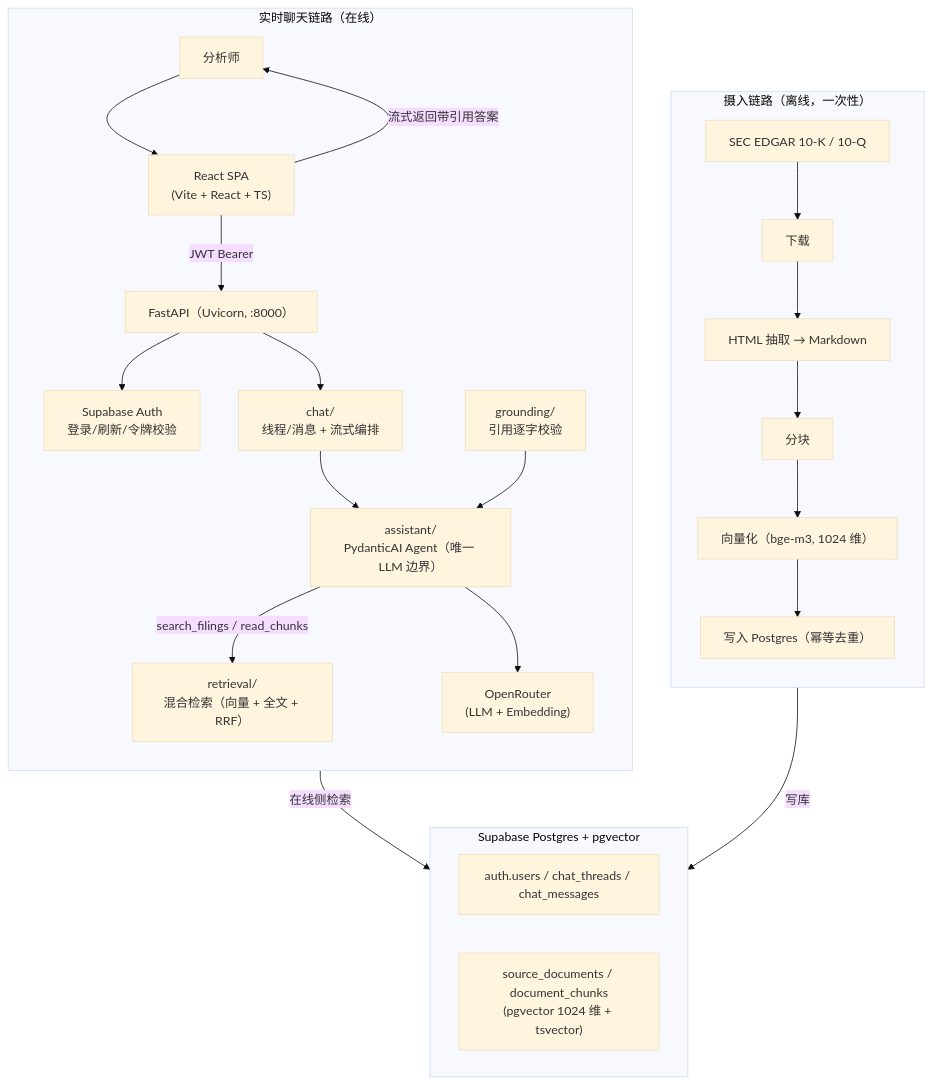
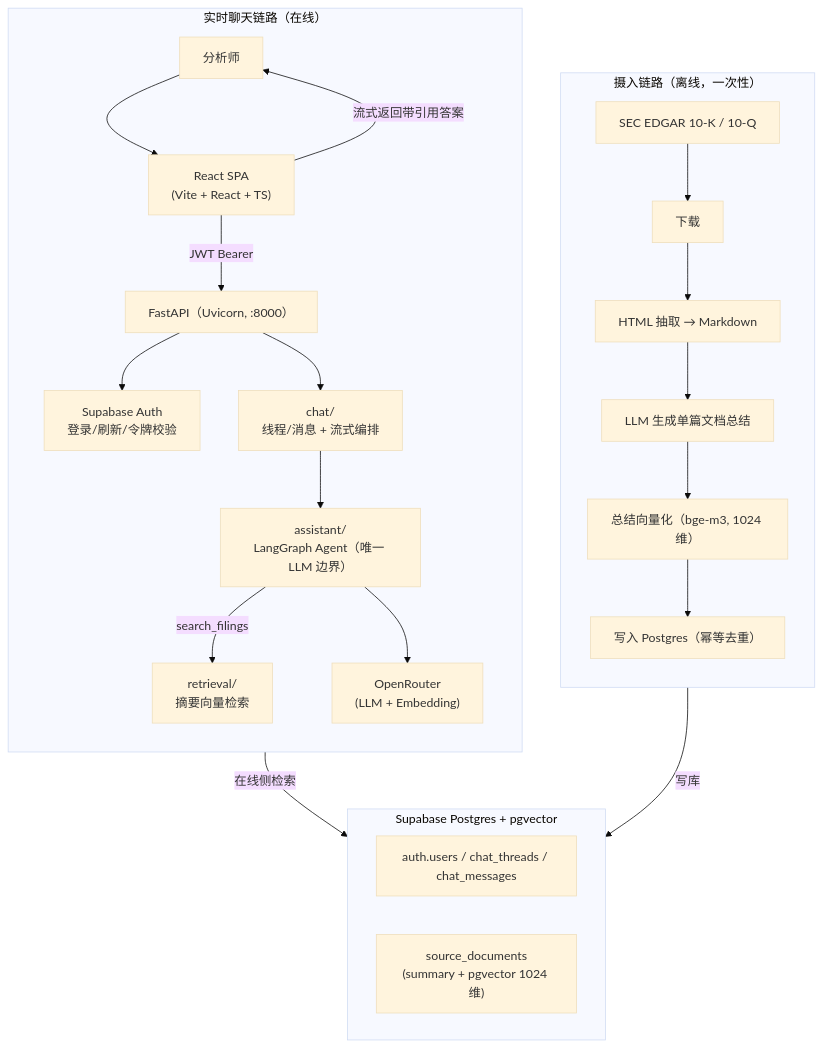
One commit to MLYoshi/document-copilot changed the diagram in README.md. Above: the diagram before and after it, drawn with Mermaid (base theme). The commit also changed other lines of this file and 43 other files, not shown here.

````diff
--- a/README.md
+++ b/README.md
@@ -26,33 +26,32 @@
 ```mermaid
 flowchart TB
     subgraph ingest["摄入链路（离线，一次性）"]
         direction TB
         I1["SEC EDGAR 10-K / 10-Q"] --> I2["下载"]
         I2 --> I3["HTML 抽取 → Markdown"]
-        I3 --> I4["分块"]
-        I4 --> I5["向量化（bge-m3, 1024 维）"]
+        I3 --> I4["LLM 生成单篇文档总结"]
+        I4 --> I5["总结向量化（bge-m3, 1024 维）"]
         I5 --> I6["写入 Postgres（幂等去重）"]
     end
 
     subgraph db["Supabase Postgres + pgvector"]
         direction LR
         D1["auth.users / chat_threads / chat_messages"]
-        D2["source_documents / document_chunks<br/>(pgvector 1024 维 + tsvector)"]
+        D2["source_documents<br/>(summary + pgvector 1024 维)"]
     end
 
     subgraph online["实时聊天链路（在线）"]
         direction TB
         U["分析师"] --> FE["React SPA<br/>(Vite + React + TS)"]
         FE -- "JWT Bearer" --> API["FastAPI（Uvicorn, :8000）"]
         API --> AUTH["Supabase Auth<br/>登录/刷新/令牌校验"]
         API --> CHAT["chat/<br/>线程/消息 + 流式编排"]
-        CHAT --> AGENT["assistant/<br/>PydanticAI Agent（唯一 LLM 边界）"]
-        AGENT -- "search_filings / read_chunks" --> RETR["retrieval/<br/>混合检索（向量 + 全文 + RRF）"]
-        GROUND["grounding/<br/>引用逐字校验"] --> AGENT
+        CHAT --> AGENT["assistant/<br/>LangGraph Agent（唯一 LLM 边界）"]
+        AGENT -- "search_filings" --> RETR["retrieval/<br/>摘要向量检索"]
         AGENT --> OR["OpenRouter<br/>(LLM + Embedding)"]
     end
 
     I6 -- "写库" --> db
     RETR -- "在线侧检索" --> db
     FE -- "流式返回带引用答案" --> U
 ```
````
